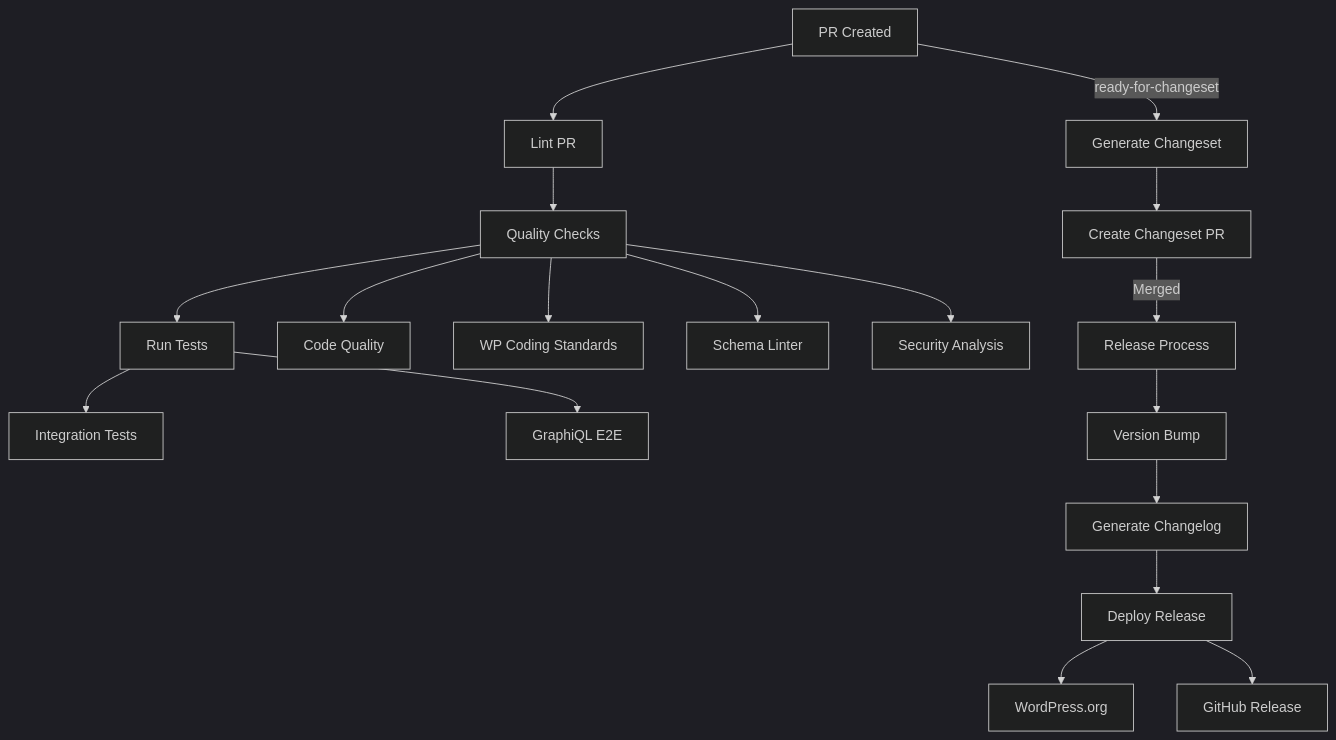
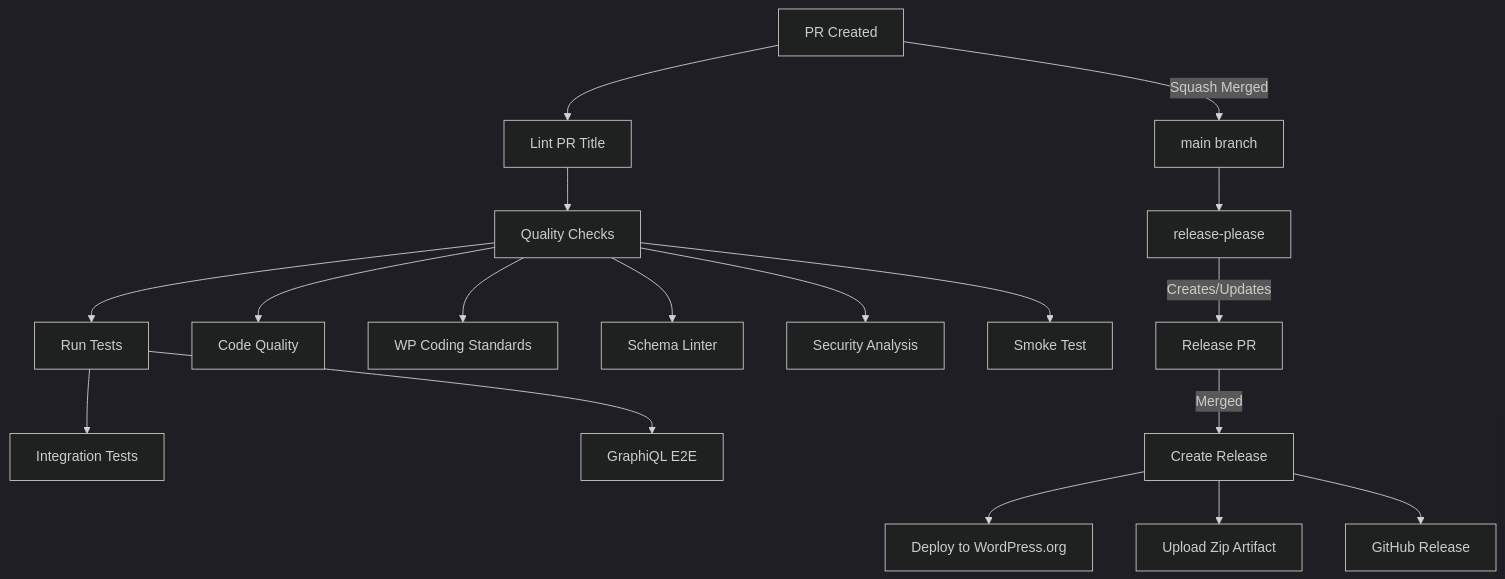
Before and after one commit to wp-graphql/wp-graphql: the diagram in .github/workflows/README.md, drawn with Mermaid (dark theme). The commit also changed other lines of this file and 752 other files, not shown here.

````diff
--- a/.github/workflows/README.md
+++ b/.github/workflows/README.md
@@ -95,29 +93,27 @@
 ```mermaid
 flowchart TD
-    %% PR and Changeset Process
-    PR[PR Created] --> LPR[Lint PR]
+    %% PR Process
+    PR[PR Created] --> LPR[Lint PR Title]
     LPR --> QA[Quality Checks]
     QA --> Tests[Run Tests]
 
     %% Quality Checks
     QA --> CQ[Code Quality]
     QA --> WCS[WP Coding Standards]
     QA --> SL[Schema Linter]
     QA --> SEC[Security Analysis]
+    QA --> SM[Smoke Test]
 
     %% Tests
     Tests --> INT[Integration Tests]
     Tests --> E2E[GraphiQL E2E]
 
-    %% Changeset Process
-    PR --> |ready-for-changeset| GC[Generate Changeset]
-    GC --> CPR[Create Changeset PR]
-
-    %% Release Process
-    CPR --> |Merged| REL[Release Process]
-    REL --> VB[Version Bump]
-    VB --> CL[Generate Changelog]
-    CL --> DR[Deploy Release]
-    DR --> WO[WordPress.org]
-    DR --> GH[GitHub Release]
+    %% Merge and Release
+    PR --> |Squash Merged| MAIN[main branch]
+    MAIN --> RP[release-please]
+    RP --> |Creates/Updates| RPR[Release PR]
+    RPR --> |Merged| REL[Create Release]
+    REL --> WO[Deploy to WordPress.org]
+    REL --> ZIP[Upload Zip Artifact]
+    REL --> GH[GitHub Release]
 ```
````
